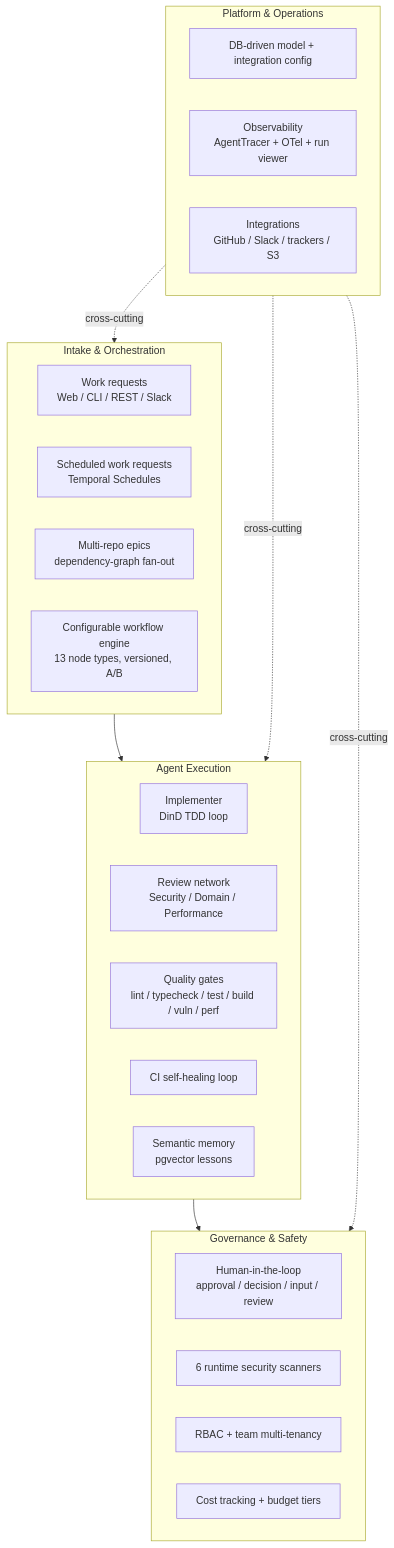
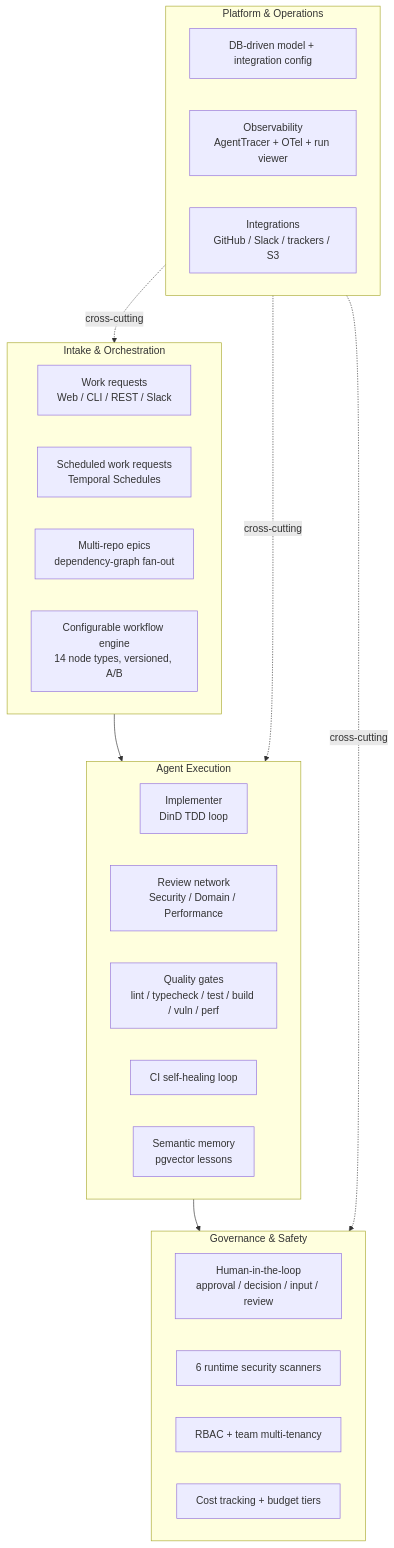
The first of 2 diagrams in docs/product-overview.md (yorch/auto-swe), drawn with Mermaid before and after one commit. The commit also changed other lines of this file and 10 other files, not shown here.

````diff
--- a/docs/product-overview.md
+++ b/docs/product-overview.md
@@ -45,35 +45,35 @@
 ```mermaid
 flowchart TB
     subgraph Intake["Intake & Orchestration"]
         WR[Work requests\nWeb / CLI / REST / Slack]
         SCHED[Scheduled work requests\nTemporal Schedules]
         EPIC[Multi-repo epics\ndependency-graph fan-out]
-        WF[Configurable workflow engine\n13 node types, versioned, A/B]
+        WF[Configurable workflow engine\n14 node types, versioned, A/B]
     end
 
     subgraph Agents["Agent Execution"]
         IMPL[Implementer\nDinD TDD loop]
         REVNET[Review network\nSecurity / Domain / Performance]
         GATES[Quality gates\nlint / typecheck / test / build / vuln / perf]
         CIHEAL[CI self-healing loop]
         MEM[Semantic memory\npgvector lessons]
     end
 
     subgraph Governance["Governance & Safety"]
         HITL[Human-in-the-loop\napproval / decision / input / review]
         SCAN[6 runtime security scanners]
         RBAC[RBAC + team multi-tenancy]
         COST[Cost tracking + budget tiers]
     end
 
     subgraph Platform["Platform & Operations"]
         CONFIG[DB-driven model + integration config]
         OBS[Observability\nAgentTracer + OTel + run viewer]
         INTEG[Integrations\nGitHub / Slack / trackers / S3]
     end
 
     Intake --> Agents --> Governance
     Platform -.cross-cutting.-> Intake
     Platform -.cross-cutting.-> Agents
     Platform -.cross-cutting.-> Governance
 ```
````
